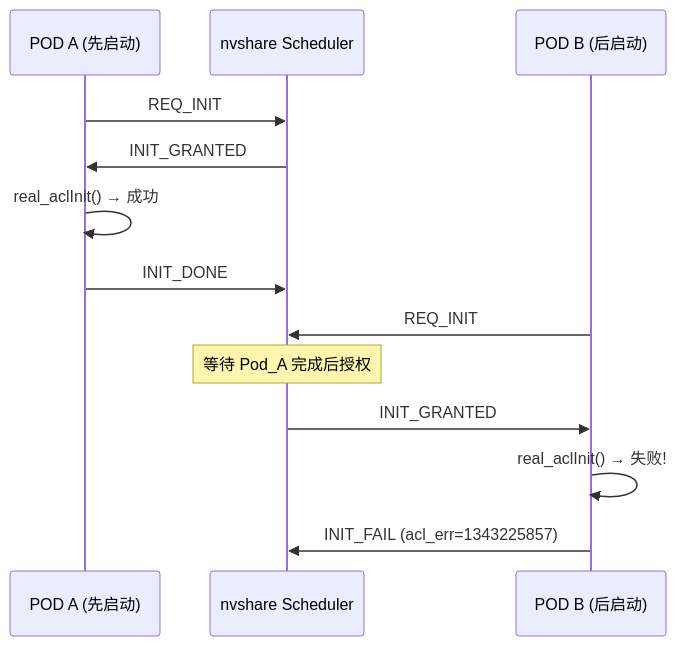
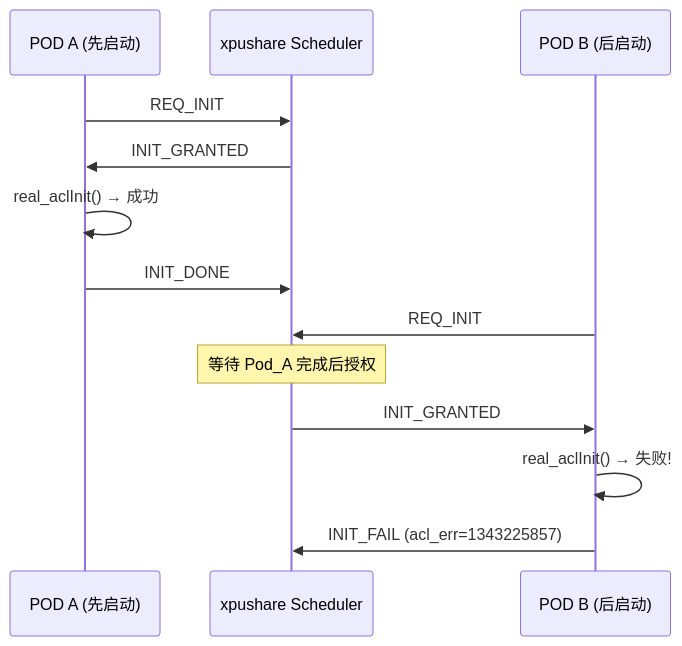
Before and after one commit to luogangyi/XPUShare: the second of 5 diagrams in docs/design/npu-concurrency-analysis-opus.md, drawn with Mermaid. The commit also changed other lines of this file and 150 other files, not shown here.

````diff
--- a/docs/design/npu-concurrency-analysis-opus.md
+++ b/docs/design/npu-concurrency-analysis-opus.md
@@ -130,17 +130,17 @@
 ```mermaid
 sequenceDiagram
     participant Pod_A as POD A (先启动)
-    participant Sched as nvshare Scheduler
+    participant Sched as xpushare Scheduler
     participant Pod_B as POD B (后启动)
     
     Pod_A->>Sched: REQ_INIT
     Sched->>Pod_A: INIT_GRANTED
     Pod_A->>Pod_A: real_aclInit() → 成功
     Pod_A->>Sched: INIT_DONE
     
     Pod_B->>Sched: REQ_INIT
     Note over Sched: 等待 Pod_A 完成后授权
     Sched->>Pod_B: INIT_GRANTED
     Pod_B->>Pod_B: real_aclInit() → 失败!
     Pod_B->>Sched: INIT_FAIL (acl_err=1343225857)
 ```
````
